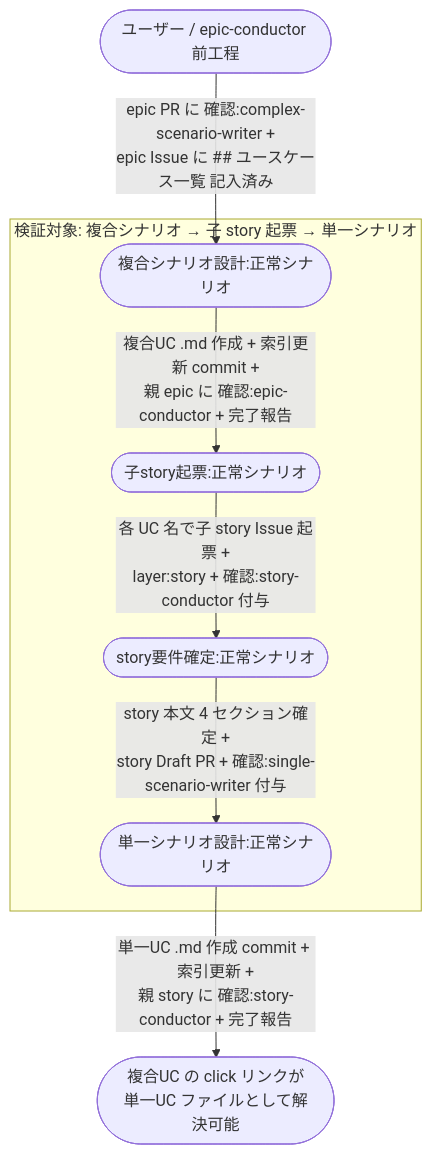
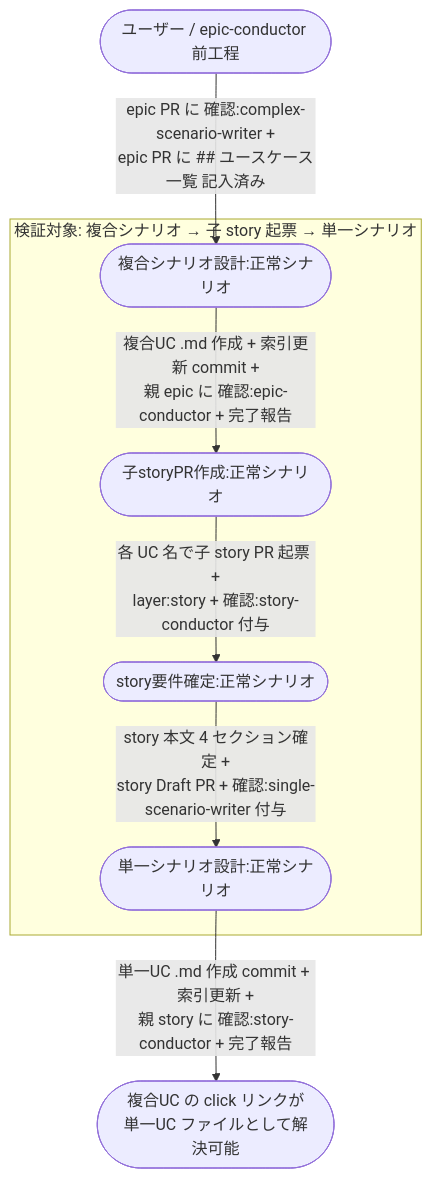
One commit to shuhei1101/ai-monitor changed the diagram in docs/wiki/設計図/シナリオ/複合ユースケース/シナリオ間のリンク成立.md. Above: the diagram before and after it, drawn with Mermaid. The commit also changed other lines of this file and 256 other files, not shown here.

````diff
--- a/docs/wiki/設計図/シナリオ/複合ユースケース/シナリオ間のリンク成立.md
+++ b/docs/wiki/設計図/シナリオ/複合ユースケース/シナリオ間のリンク成立.md
@@ -28,17 +28,17 @@
 ```mermaid
 flowchart TD
-  A0([ユーザー / epic-conductor 前工程]) -->|epic PR に 確認:complex-scenario-writer +<br>epic Issue に ## ユースケース一覧 記入済み| UC1
+  A0([ユーザー / epic-conductor 前工程]) -->|epic PR に 確認:complex-scenario-writer +<br>epic PR に ## ユースケース一覧 記入済み| UC1
 
   subgraph FOCUS["検証対象: 複合シナリオ → 子 story 起票 → 単一シナリオ"]
-    UC1([複合シナリオ設計:正常シナリオ]) -->|複合UC .md 作成 + 索引更新 commit +<br>親 epic に 確認:epic-conductor + 完了報告| UC2([子story起票:正常シナリオ])
-    UC2 -->|各 UC 名で子 story Issue 起票 +<br>layer:story + 確認:story-conductor 付与| UC3([story要件確定:正常シナリオ])
+    UC1([複合シナリオ設計:正常シナリオ]) -->|複合UC .md 作成 + 索引更新 commit +<br>親 epic に 確認:epic-conductor + 完了報告| UC2([子storyPR作成:正常シナリオ])
+    UC2 -->|各 UC 名で子 story PR 起票 +<br>layer:story + 確認:story-conductor 付与| UC3([story要件確定:正常シナリオ])
     UC3 -->|story 本文 4 セクション確定 +<br>story Draft PR + 確認:single-scenario-writer 付与| UC4([単一シナリオ設計:正常シナリオ])
   end
 
   UC4 -->|単一UC .md 作成 commit + 索引更新 +<br>親 story に 確認:story-conductor + 完了報告| DONE([複合UC の click リンクが<br>単一UC ファイルとして解決可能])
 
   click UC1 "../単一ユースケース/複合シナリオ設計.md#正常シナリオ"
-  click UC2 "../単一ユースケース/子story起票.md#正常シナリオ"
+  click UC2 "../単一ユースケース/子storyPR作成.md#正常シナリオ"
   click UC3 "../単一ユースケース/story要件確定.md#正常シナリオ"
   click UC4 "../単一ユースケース/単一シナリオ設計.md#正常シナリオ"
 ```
````
